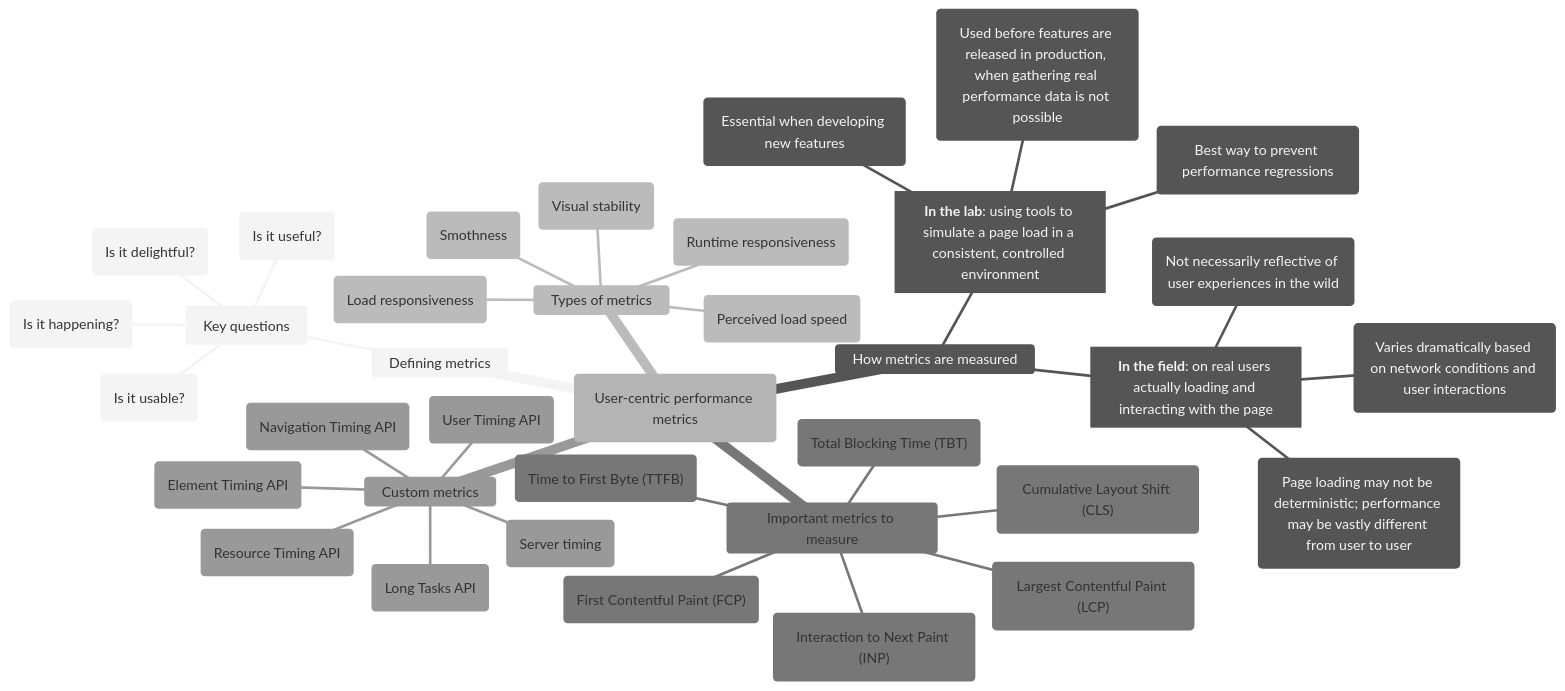
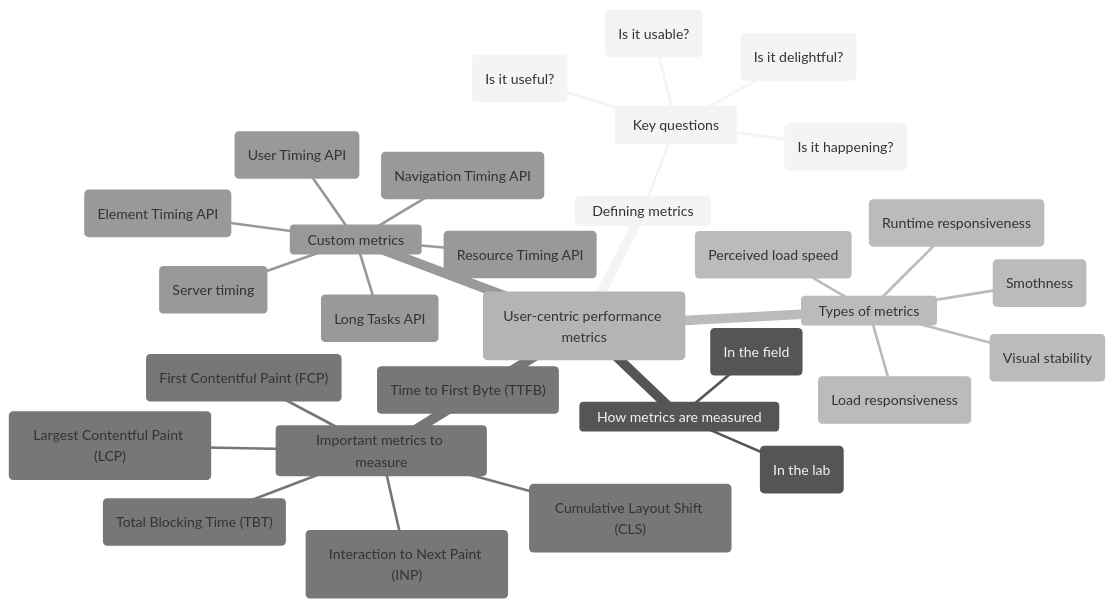
The diagram in topics/tech/web-development/Web Performance Metrics.md (ytx-readings/article-reading-notes), drawn with Mermaid (neutral theme) before and after one commit. The commit also changed other lines of this file, not shown here.

Commit message:
docs: how metrics are measured

````diff
--- a/topics/tech/web-development/Web Performance Metrics.md
+++ b/topics/tech/web-development/Web Performance Metrics.md
@@ -16,39 +27,33 @@
 ```mermaid
 mindmap
     root(User-centric performance metrics)
         Defining metrics
             [Key questions]
                 ("Is it happening?")
                 ("Is it useful?")
                 ("Is it usable?")
                 ("Is it delightful?")
         How metrics are measured
-            [**In the lab**: using tools to simulate a page load in a consistent, controlled environment]
-                (Essential when developing new features)
-                (Used before features are released in production, when gathering real performance data is not possible)
-                (Best way to prevent performance regressions)
-            [**In the field**: on real users actually loading and interacting with the page]
-                (Not necessarily reflective of user experiences in the wild)
-                (Varies dramatically based on network conditions and user interactions)
-                (Page loading may not be deterministic; performance may be vastly different from user to user)
+            (In the lab)
+            (In the field)
         Types of metrics
             (Perceived load speed)
             (Load responsiveness)
             (Runtime responsiveness)
             (Visual stability)
             (Smothness)
         Important metrics to measure
             ("Largest Contentful Paint (LCP)")
             ("Cumulative Layout Shift (CLS)")
             ("Interaction to Next Paint (INP)")
             ("Time to First Byte (TTFB)")
             ("First Contentful Paint (FCP)")
             ("Total Blocking Time (TBT)")
         Custom metrics
             (User Timing API)
             (Long Tasks API)
             (Element Timing API)
             (Navigation Timing API)
             (Resource Timing API)
             (Server timing)
 ```
````
